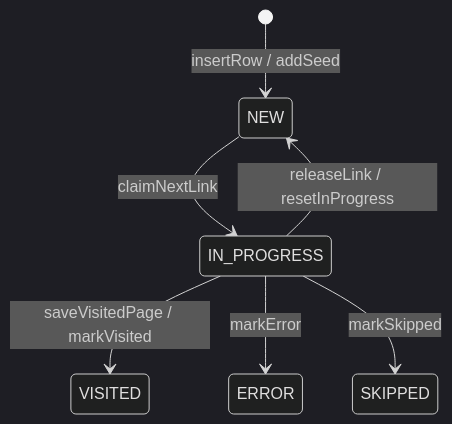
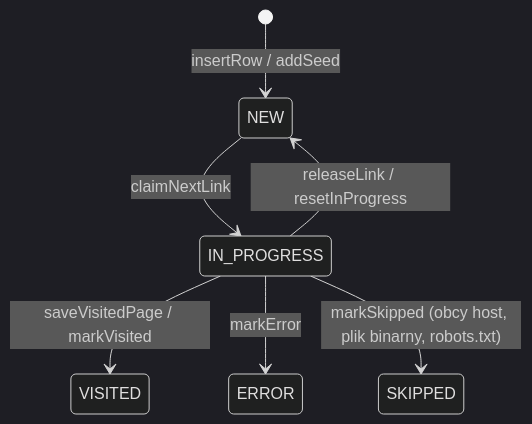
The first of 2 diagrams in README.md (maciejHash/WebCrawler), drawn with Mermaid (dark theme) before and after one commit. The commit also changed other lines of this file and 19 other files, not shown here.

Commit message:
Adding robots.txt support (simplified RFC 9309 with Crawl-delay, fetched once per host), meta robots nofollow handling and --ignore-robots option

````diff
--- a/README.md
+++ b/README.md
@@ -130,9 +223,9 @@
 ```mermaid
 stateDiagram-v2
     [*] --> NEW: insertRow / addSeed
     NEW --> IN_PROGRESS: claimNextLink
     IN_PROGRESS --> VISITED: saveVisitedPage / markVisited
     IN_PROGRESS --> ERROR: markError
-    IN_PROGRESS --> SKIPPED: markSkipped
+    IN_PROGRESS --> SKIPPED: markSkipped (obcy host, plik binarny, robots.txt)
     IN_PROGRESS --> NEW: releaseLink / resetInProgress
 ```
````
